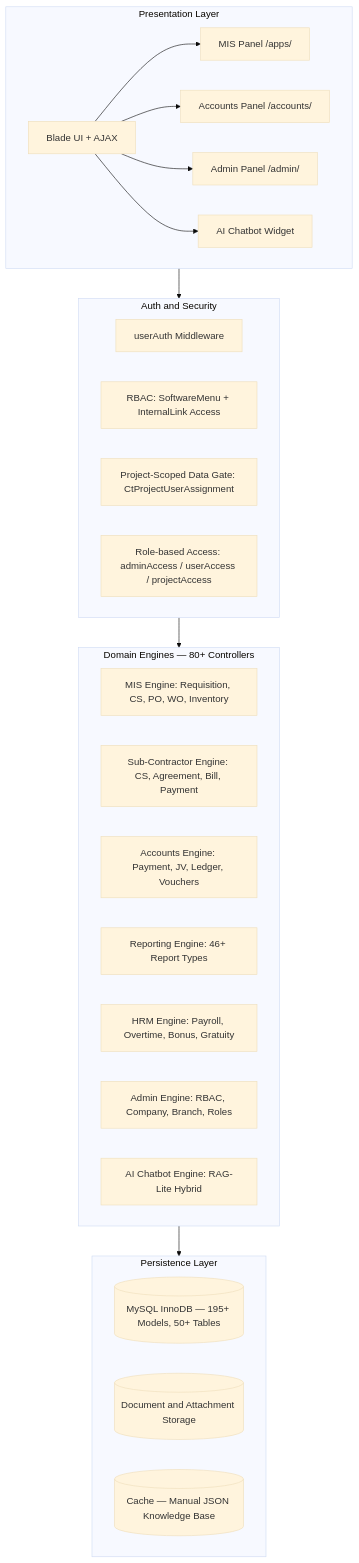
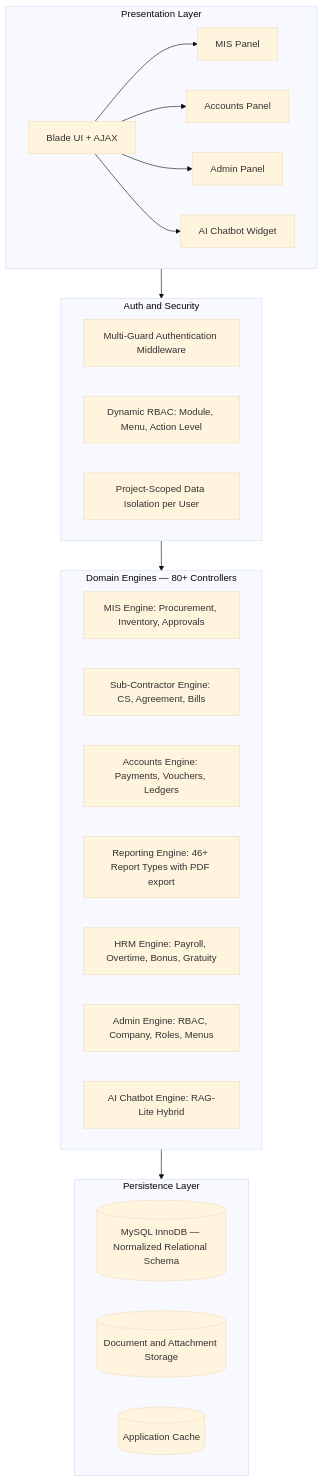
One commit to ShakhawatSakib9/Constrcution_MIS changed the first of 4 diagrams in README.md. Above: the diagram before and after it, drawn with Mermaid (base theme). The commit also changed other lines of this file, not shown here.

Commit message:
refactor(docs): remove controller/table names and internal code - anonymize to professional case study standard

````diff
--- a/README.md
+++ b/README.md
@@ -69,35 +75,34 @@
 ```mermaid
 graph TB
     subgraph PresentationLayer["Presentation Layer"]
-        A["Blade UI + AJAX"] --> B["MIS Panel /apps/"]
-        A --> C["Accounts Panel /accounts/"]
-        A --> D["Admin Panel /admin/"]
+        A["Blade UI + AJAX"] --> B["MIS Panel"]
+        A --> C["Accounts Panel"]
+        A --> D["Admin Panel"]
         A --> E["AI Chatbot Widget"]
     end
 
     subgraph AuthSecurity["Auth and Security"]
-        F["userAuth Middleware"]
-        G["RBAC: SoftwareMenu + InternalLink Access"]
-        H["Project-Scoped Data Gate: CtProjectUserAssignment"]
-        I["Role-based Access: adminAccess / userAccess / projectAccess"]
+        F["Multi-Guard Authentication Middleware"]
+        G["Dynamic RBAC: Module, Menu, Action Level"]
+        H["Project-Scoped Data Isolation per User"]
     end
 
     subgraph DomainEngines["Domain Engines — 80+ Controllers"]
-        J["MIS Engine: Requisition, CS, PO, WO, Inventory"]
-        K["Sub-Contractor Engine: CS, Agreement, Bill, Payment"]
-        L["Accounts Engine: Payment, JV, Ledger, Vouchers"]
-        M["Reporting Engine: 46+ Report Types"]
+        J["MIS Engine: Procurement, Inventory, Approvals"]
+        K["Sub-Contractor Engine: CS, Agreement, Bills"]
+        L["Accounts Engine: Payments, Vouchers, Ledgers"]
+        M["Reporting Engine: 46+ Report Types with PDF export"]
         N["HRM Engine: Payroll, Overtime, Bonus, Gratuity"]
-        O["Admin Engine: RBAC, Company, Branch, Roles"]
+        O["Admin Engine: RBAC, Company, Roles, Menus"]
         P["AI Chatbot Engine: RAG-Lite Hybrid"]
     end
 
     subgraph PersistenceLayer["Persistence Layer"]
-        Q[("MySQL InnoDB — 195+ Models, 50+ Tables")]
+        Q[("MySQL InnoDB — Normalized Relational Schema")]
         R[("Document and Attachment Storage")]
-        S[("Cache — Manual JSON Knowledge Base")]
+        S[("Application Cache")]
     end
 
     PresentationLayer --> AuthSecurity --> DomainEngines
     DomainEngines --> PersistenceLayer
 ```
````
